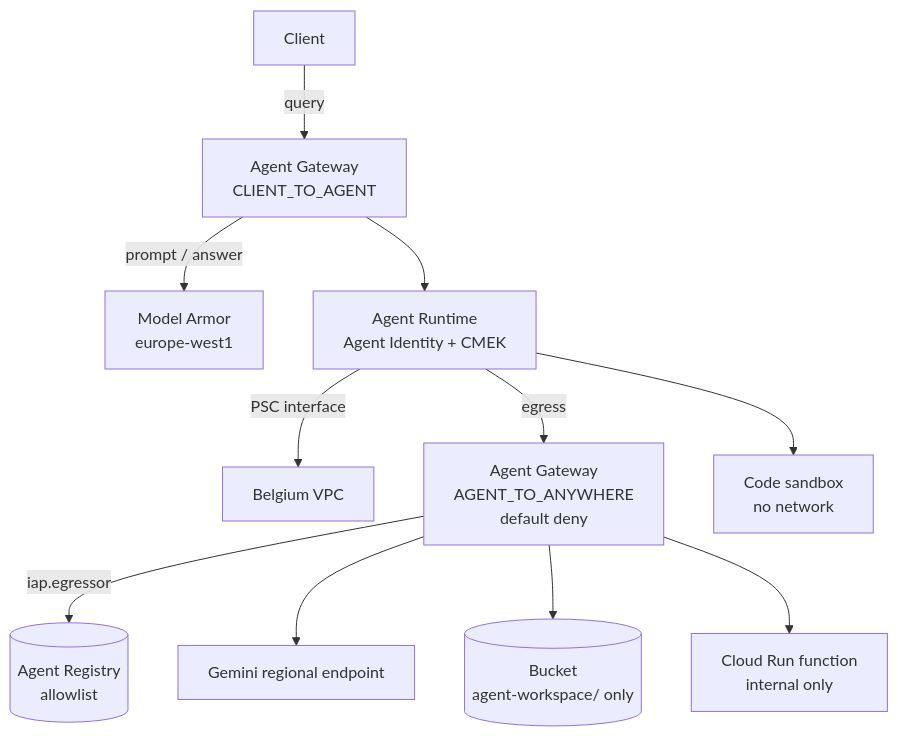
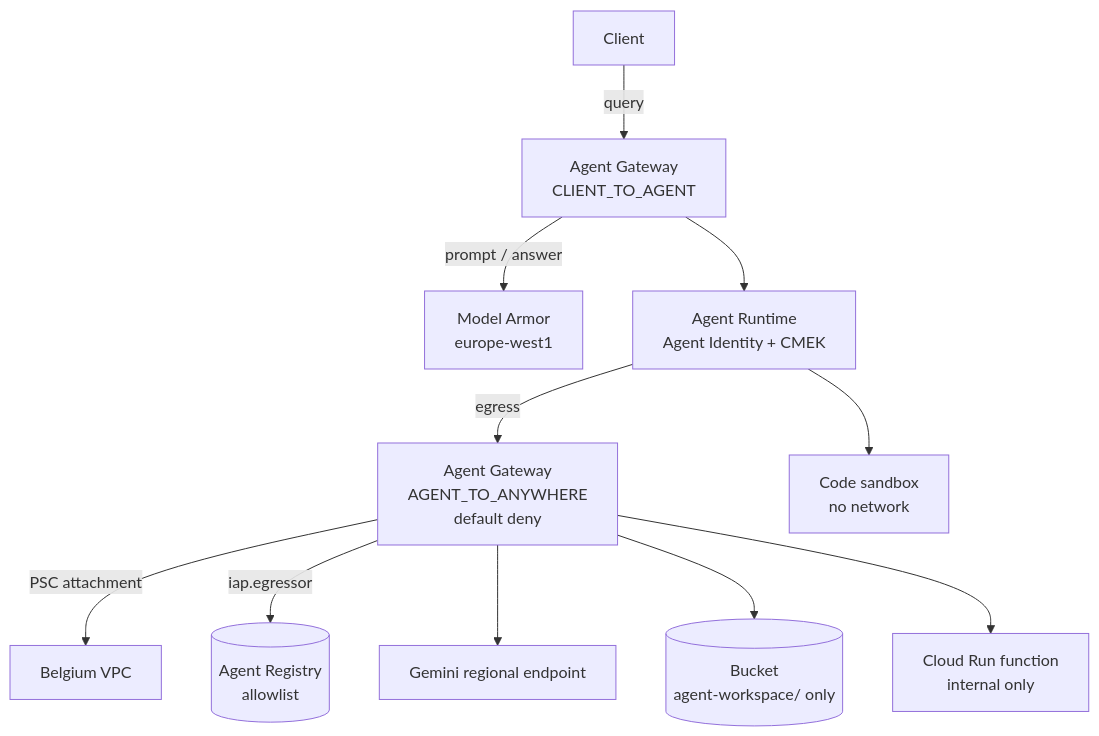
One commit to a-besson/gcp-ai-samples changed the first of 2 diagrams in samples/geap-agent-secured/README.md. Above: the diagram before and after it, drawn with Mermaid. The commit also changed other lines of this file and 6 other files, not shown here.

Commit message:
fix(geap-agent-secured): drop psc interface from the engine, vpc access goes through the egress gateway

````diff
--- a/samples/geap-agent-secured/README.md
+++ b/samples/geap-agent-secured/README.md
@@ -23,13 +23,13 @@
 ```mermaid
 graph TD
     C[Client] -->|query| GI[Agent Gateway<br/>CLIENT_TO_AGENT]
     GI -->|prompt / answer| MA[Model Armor<br/>europe-west1]
     GI --> RT[Agent Runtime<br/>Agent Identity + CMEK]
-    RT -->|PSC interface| VPC[Belgium VPC]
     RT -->|egress| GE[Agent Gateway<br/>AGENT_TO_ANYWHERE<br/>default deny]
+    GE -->|PSC attachment| VPC[Belgium VPC]
     GE -->|iap.egressor| REG[(Agent Registry<br/>allowlist)]
     GE --> LLM[Gemini regional endpoint]
     GE --> GCS[(Bucket<br/>agent-workspace/ only)]
     GE --> FN[Cloud Run function<br/>internal only]
     RT --> SB[Code sandbox<br/>no network]
 ```
````
